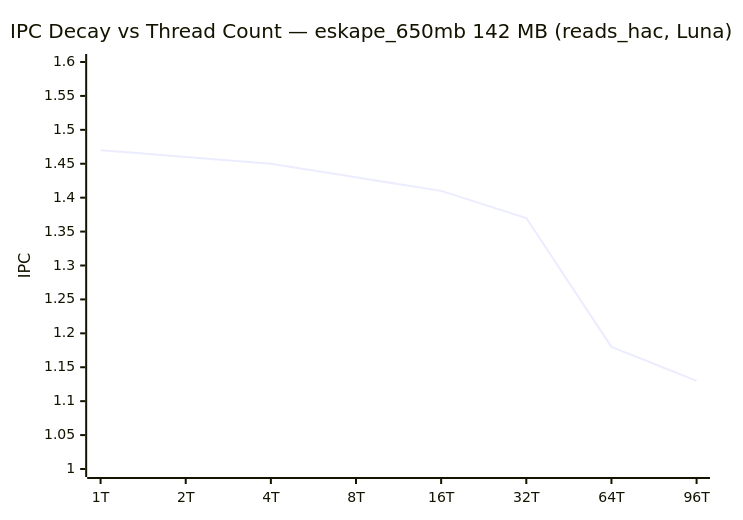
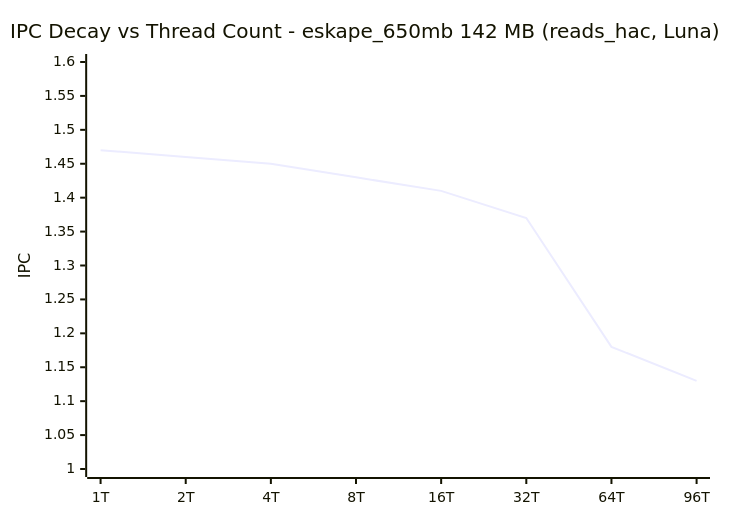
Before and after one commit to KathpaliaChirag/Nanopore-project: diagram 21 of 26 in README.md, drawn with Mermaid. The commit also changed other lines of this file and 4 other files, not shown here.

````diff
--- a/README.md
+++ b/README.md
@@ -759,7 +794,7 @@
 ```mermaid
 xychart-beta
-    title "IPC Decay vs Thread Count — eskape_650mb 142 MB (reads_hac, Luna)"
+    title "IPC Decay vs Thread Count - eskape_650mb 142 MB (reads_hac, Luna)"
     x-axis ["1T", "2T", "4T", "8T", "16T", "32T", "64T", "96T"]
     y-axis "IPC" 1.0 --> 1.6
     line [1.47, 1.46, 1.45, 1.43, 1.41, 1.37, 1.18, 1.13]
 ```
````
